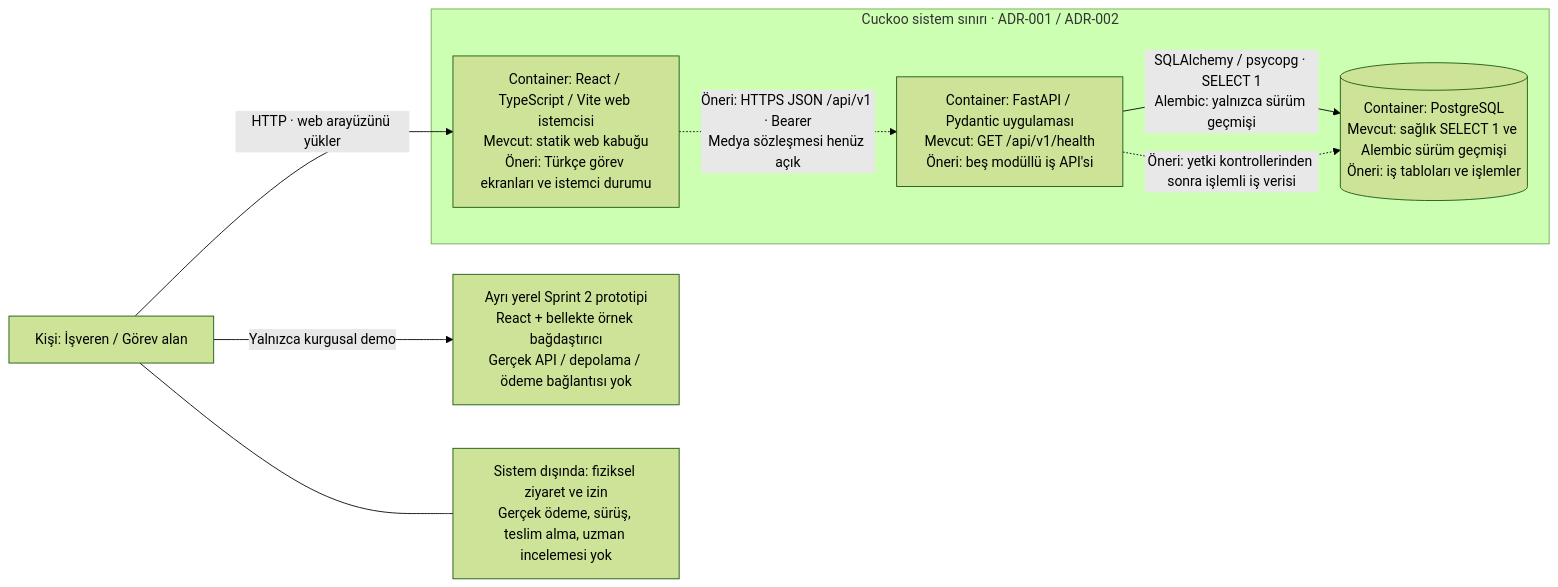
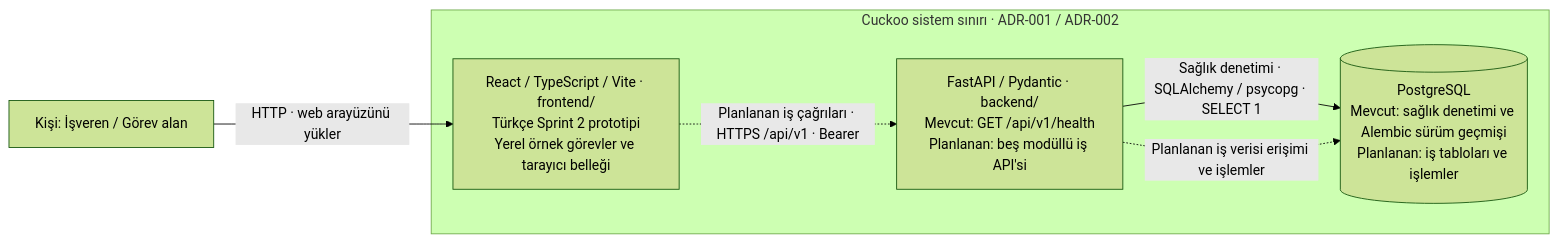
The diagram in docs/diagrams/sprint-2/c4-container.md (ozgurfuruncu/SENG-CuckooApp), drawn with Mermaid (forest theme) before and after one commit. The commit also changed other lines of this file and 15 other files, not shown here.

Commit message:
Clarify Sprint 2 architecture and verification evidence (refs #20, #27)

````diff
--- a/docs/diagrams/sprint-2/c4-container.md
+++ b/docs/diagrams/sprint-2/c4-container.md
@@ -8,17 +11,13 @@
 ```mermaid
 flowchart LR
     Kullanici["Kişi: İşveren / Görev alan"]
     subgraph Sistem["Cuckoo sistem sınırı · ADR-001 / ADR-002"]
-        Web["Container: React / TypeScript / Vite web istemcisi<br/>Mevcut: statik web kabuğu<br/>Öneri: Türkçe görev ekranları ve istemci durumu"]
-        API["Container: FastAPI / Pydantic uygulaması<br/>Mevcut: GET /api/v1/health<br/>Öneri: beş modüllü iş API'si"]
-        DB[("Container: PostgreSQL<br/>Mevcut: sağlık SELECT 1 ve Alembic sürüm geçmişi<br/>Öneri: iş tabloları ve işlemler")]
+        Web["React / TypeScript / Vite · frontend/<br/>Türkçe Sprint 2 prototipi<br/>Yerel örnek görevler ve tarayıcı belleği"]
+        API["FastAPI / Pydantic · backend/<br/>Mevcut: GET /api/v1/health<br/>Planlanan: beş modüllü iş API'si"]
+        DB[("PostgreSQL<br/>Mevcut: sağlık denetimi ve Alembic sürüm geçmişi<br/>Planlanan: iş tabloları ve işlemler")]
     end
     Kullanici -->|"HTTP · web arayüzünü yükler"| Web
-    Web -.->|"Öneri: HTTPS JSON /api/v1 · Bearer<br/>Medya sözleşmesi henüz açık"| API
-    API -->|"SQLAlchemy / psycopg · SELECT 1<br/>Alembic: yalnızca sürüm geçmişi"| DB
-    API -.->|"Öneri: yetki kontrollerinden sonra işlemli iş verisi"| DB
-    Demo["Ayrı yerel Sprint 2 prototipi<br/>React + bellekte örnek bağdaştırıcı<br/>Gerçek API / depolama / ödeme bağlantısı yok"]
-    Kullanici -->|"Yalnızca kurgusal demo"| Demo
-    Sinir["Sistem dışında: fiziksel ziyaret ve izin<br/>Gerçek ödeme, sürüş, teslim alma, uzman incelemesi yok"]
-    Kullanici --- Sinir
+    Web -.->|"Planlanan iş çağrıları · HTTPS /api/v1 · Bearer"| API
+    API -->|"Sağlık denetimi · SQLAlchemy / psycopg · SELECT 1"| DB
+    API -.->|"Planlanan iş verisi erişimi ve işlemler"| DB
 ```
````
